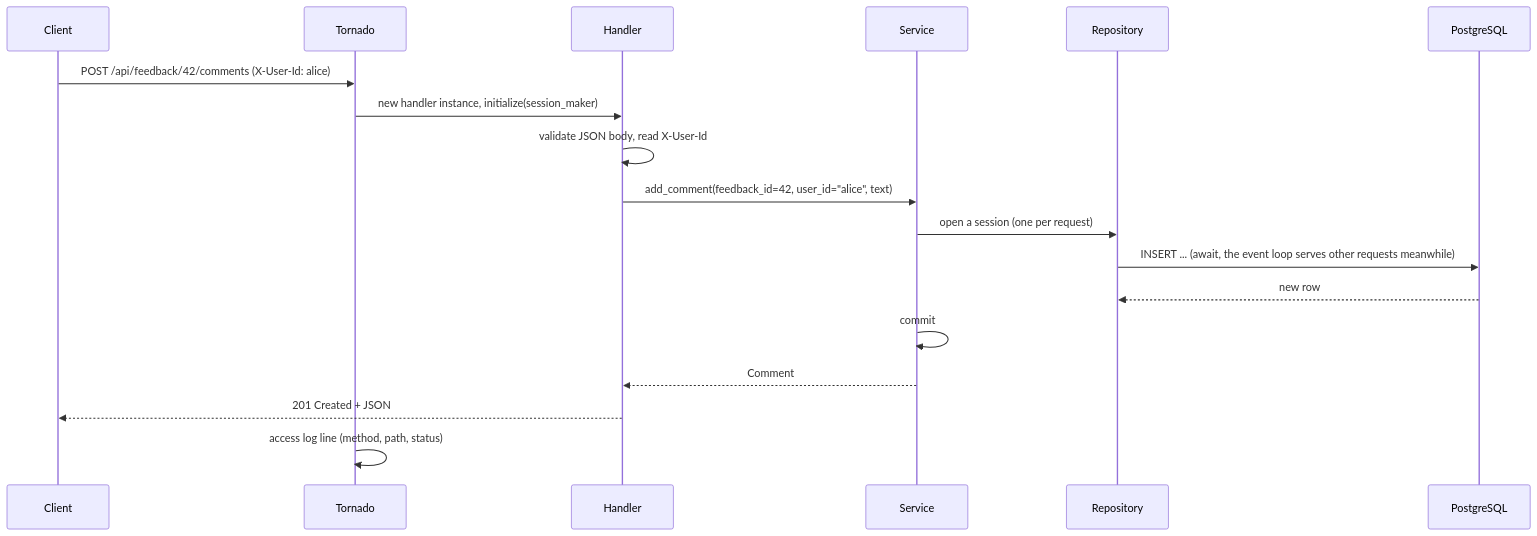
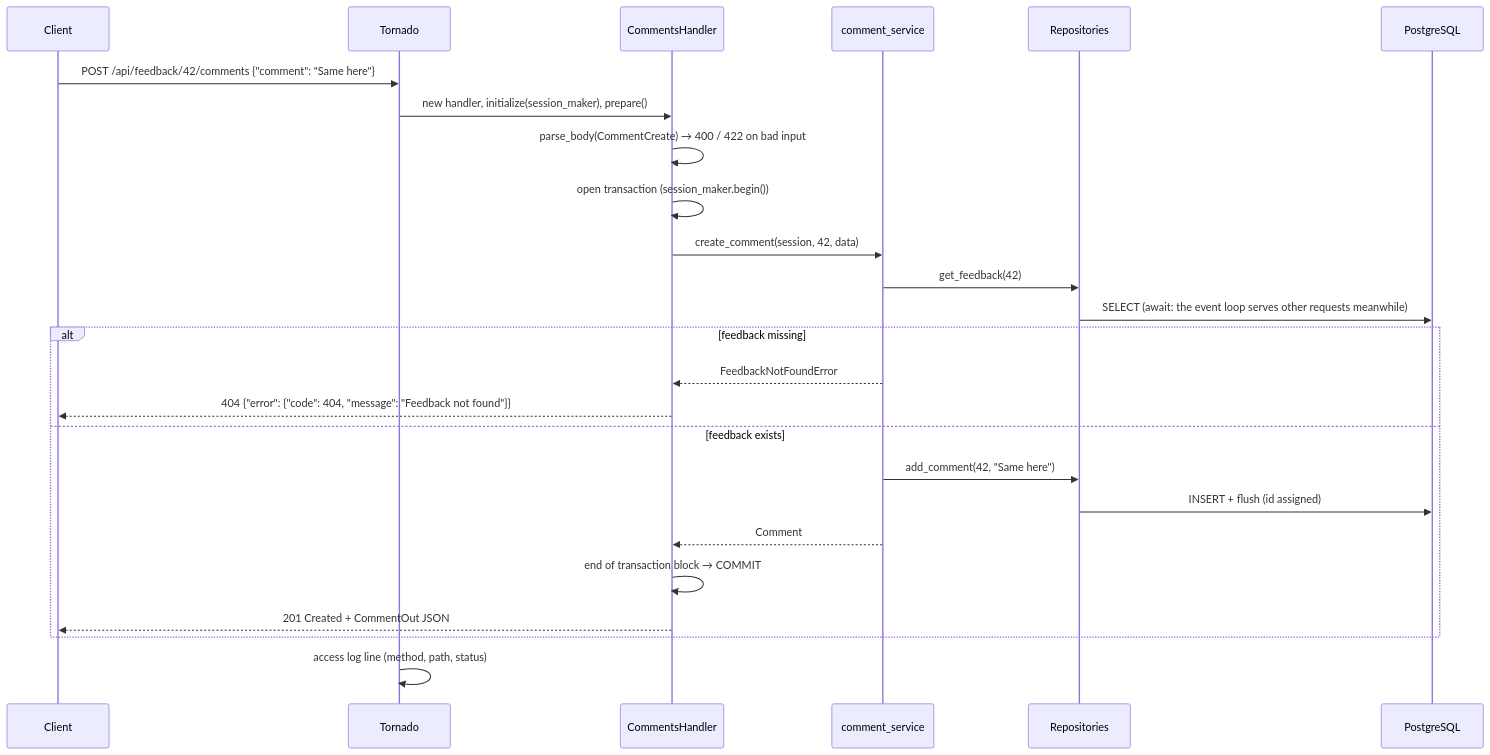
One commit to dbReis/SmartFlow changed the third of 3 diagrams in ARCHITECTURE.md. Above: the diagram before and after it, drawn with Mermaid. The commit also changed other lines of this file, not shown here.

Commit message:
Refactor architecture documentation to clarify user feedback and notation rules

````diff
--- a/ARCHITECTURE.md
+++ b/ARCHITECTURE.md
@@ -174,21 +226,28 @@
 ```mermaid
 sequenceDiagram
     participant C as Client
     participant T as Tornado
-    participant H as Handler
-    participant S as Service
-    participant R as Repository
+    participant H as CommentsHandler
+    participant S as comment_service
+    participant R as Repositories
     participant DB as PostgreSQL
 
-    C->>T: POST /api/feedback/42/comments (X-User-Id: alice)
-    T->>H: new handler instance, initialize(session_maker)
-    H->>H: validate JSON body, read X-User-Id
-    H->>S: add_comment(feedback_id=42, user_id="alice", text)
-    S->>R: open a session (one per request)
-    R->>DB: INSERT ... (await, the event loop serves other requests meanwhile)
-    DB-->>R: new row
-    S->>S: commit
-    S-->>H: Comment
-    H-->>C: 201 Created + JSON
+    C->>T: POST /api/feedback/42/comments {"comment": "Same here"}
+    T->>H: new handler, initialize(session_maker), prepare()
+    H->>H: parse_body(CommentCreate) → 400 / 422 on bad input
+    H->>H: open transaction (session_maker.begin())
+    H->>S: create_comment(session, 42, data)
+    S->>R: get_feedback(42)
+    R->>DB: SELECT (await: the event loop serves other requests meanwhile)
+    alt feedback missing
+        S-->>H: FeedbackNotFoundError
+        H-->>C: 404 {"error": {"code": 404, "message": "Feedback not found"}}
+    else feedback exists
+        S->>R: add_comment(42, "Same here")
+        R->>DB: INSERT + flush (id assigned)
+        S-->>H: Comment
+        H->>H: end of transaction block → COMMIT
+        H-->>C: 201 Created + CommentOut JSON
+    end
     T->>T: access log line (method, path, status)
 ```
````
